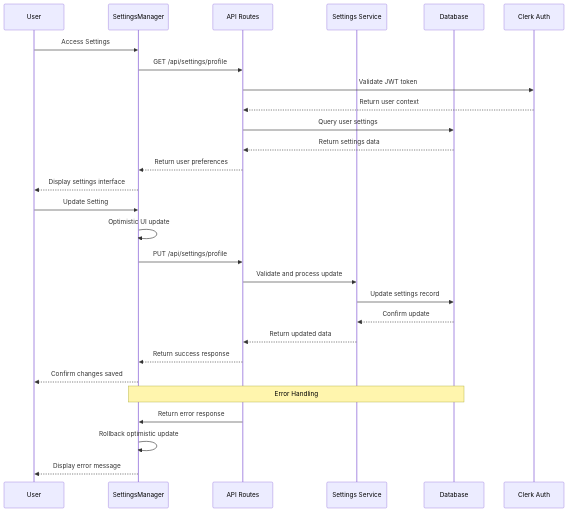
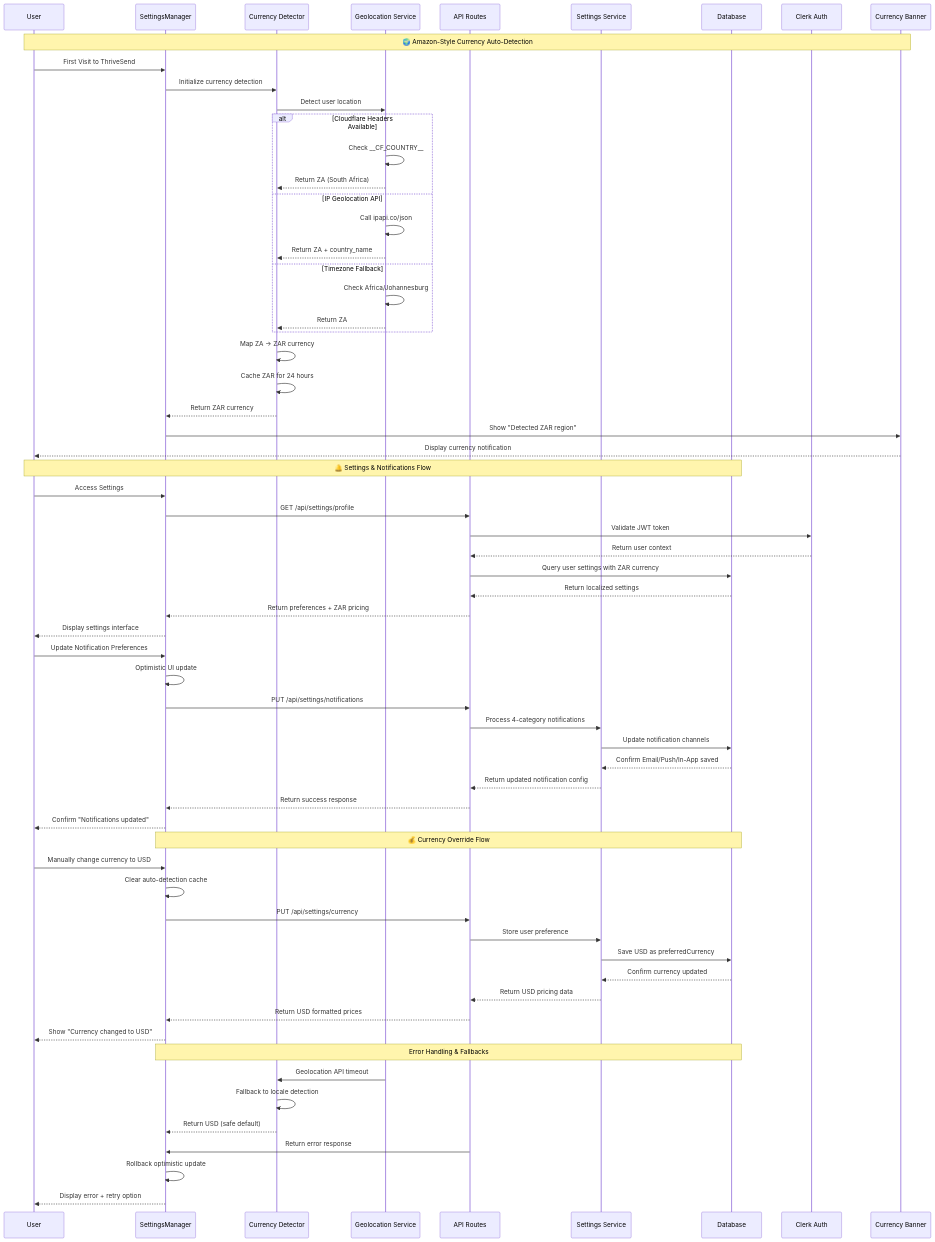
One commit to gedeza/thrive-send changed the second of 5 diagrams in DOCS/AssessFlow-components-TDD/settings/Settings-TDD.md. Above: the diagram before and after it, drawn with Mermaid. The commit also changed other lines of this file and 8 other files, not shown here.

First line of the commit message:
🌍 feat: implement Amazon-style currency auto-detection system

````diff
--- a/DOCS/AssessFlow-components-TDD/settings/Settings-TDD.md
+++ b/DOCS/AssessFlow-components-TDD/settings/Settings-TDD.md
@@ -99,33 +141,74 @@
 ```mermaid
 sequenceDiagram
     participant U as User
     participant SM as SettingsManager
+    participant CD as Currency Detector
+    participant GEO as Geolocation Service
     participant API as API Routes
     participant SS as Settings Service
     participant DB as Database
     participant Clerk as Clerk Auth
+    participant Banner as Currency Banner
     
+    Note over U,Banner: 🌍 Amazon-Style Currency Auto-Detection
+    U->>SM: First Visit to ThriveSend
+    SM->>CD: Initialize currency detection
+    CD->>GEO: Detect user location
+    
+    alt Cloudflare Headers Available
+        GEO->>GEO: Check __CF_COUNTRY__
+        GEO-->>CD: Return ZA (South Africa)
+    else IP Geolocation API
+        GEO->>GEO: Call ipapi.co/json
+        GEO-->>CD: Return ZA + country_name
+    else Timezone Fallback
+        GEO->>GEO: Check Africa/Johannesburg
+        GEO-->>CD: Return ZA
+    end
+    
+    CD->>CD: Map ZA → ZAR currency
+    CD->>CD: Cache ZAR for 24 hours
+    CD-->>SM: Return ZAR currency
+    SM->>Banner: Show "Detected ZAR region"
+    Banner-->>U: Display currency notification
+    
+    Note over U,DB: 🔔 Settings & Notifications Flow
     U->>SM: Access Settings
     SM->>API: GET /api/settings/profile
     API->>Clerk: Validate JWT token
     Clerk-->>API: Return user context
-    API->>DB: Query user settings
-    DB-->>API: Return settings data
-    API-->>SM: Return user preferences
+    API->>DB: Query user settings with ZAR currency
+    DB-->>API: Return localized settings
+    API-->>SM: Return preferences + ZAR pricing
     SM-->>U: Display settings interface
     
-    U->>SM: Update Setting
+    U->>SM: Update Notification Preferences
     SM->>SM: Optimistic UI update
-    SM->>API: PUT /api/settings/profile
-    API->>SS: Validate and process update
-    SS->>DB: Update settings record
-    DB-->>SS: Confirm update
-    SS-->>API: Return updated data
+    SM->>API: PUT /api/settings/notifications
+    API->>SS: Process 4-category notifications
+    SS->>DB: Update notification channels
+    DB-->>SS: Confirm Email/Push/In-App saved
+    SS-->>API: Return updated notification config
     API-->>SM: Return success response
-    SM-->>U: Confirm changes saved
+    SM-->>U: Confirm "Notifications updated"
     
-    Note over SM,DB: Error Handling
+    Note over SM,DB: 💰 Currency Override Flow
+    U->>SM: Manually change currency to USD
+    SM->>SM: Clear auto-detection cache
+    SM->>API: PUT /api/settings/currency
+    API->>SS: Store user preference
+    SS->>DB: Save USD as preferredCurrency
+    DB-->>SS: Confirm currency updated
+    SS-->>API: Return USD pricing data
+    API-->>SM: Return USD formatted prices
+    SM-->>U: Show "Currency changed to USD"
+    
+    Note over SM,DB: Error Handling & Fallbacks
+    GEO->>CD: Geolocation API timeout
+    CD->>CD: Fallback to locale detection
+    CD-->>SM: Return USD (safe default)
+    
     API->>SM: Return error response
     SM->>SM: Rollback optimistic update
-    SM-->>U: Display error message
+    SM-->>U: Display error + retry option
 ```
````
